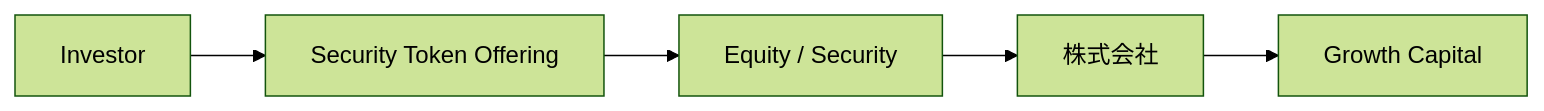
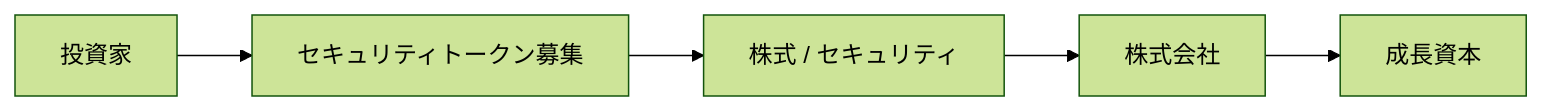
One commit to ShigeichiroYamasaki/creator-first-platform changed diagram 13 of 45 in docs/whitepaper/11-legal-sto-tax.md. Above: the diagram before and after it, drawn with Mermaid (forest theme). The commit also changed other lines of this file and 72 other files, not shown here.

````diff
--- a/docs/whitepaper/11-legal-sto-tax.md
+++ b/docs/whitepaper/11-legal-sto-tax.md
@@ -401,10 +401,10 @@
 ```mermaid
 flowchart LR
-    INVESTOR[Investor]
-    STO[Security Token Offering]
-    EQUITY[Equity / Security]
+    INVESTOR[投資家]
+    STO[セキュリティトークン募集]
+    EQUITY[株式 / セキュリティ]
     CORP[株式会社]
-    CAPITAL[Growth Capital]
+    CAPITAL[成長資本]
 
     INVESTOR --> STO --> EQUITY --> CORP --> CAPITAL
 ```
````
